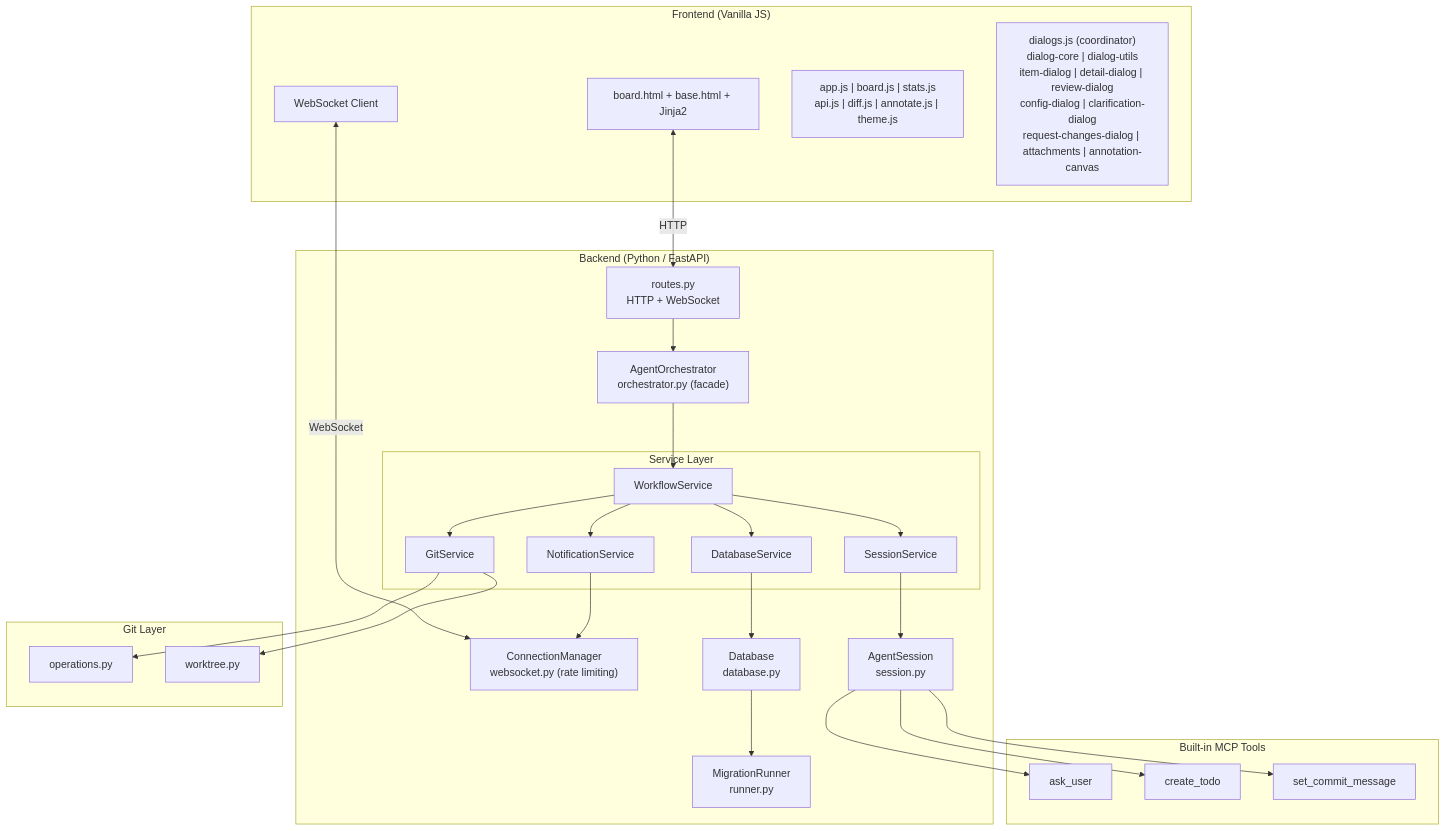
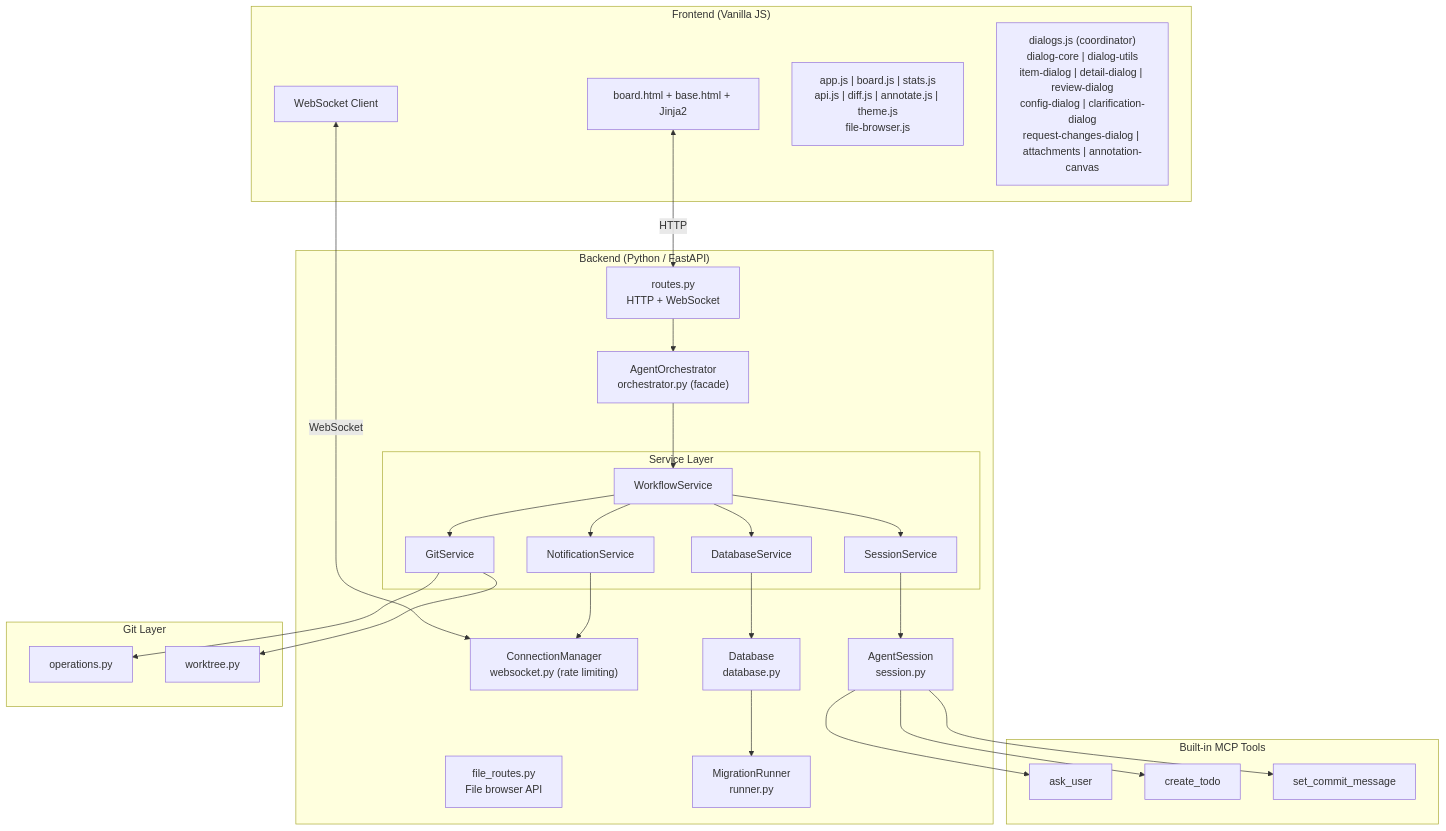
The first of 3 diagrams in CLAUDE.md (epatel/claude-agents-dashboard), drawn with Mermaid before and after one commit. The commit also changed other lines of this file and 2 other files, not shown here.

Commit message:
Update ASSESSMENT_CODE.md, README.md, and CLAUDE.md for file browser feature

````diff
--- a/CLAUDE.md
+++ b/CLAUDE.md
@@ -33,54 +33,55 @@
 ```mermaid
 graph TB
     subgraph Frontend["Frontend (Vanilla JS)"]
         UI["board.html + base.html + Jinja2"]
         WS["WebSocket Client"]
-        Modules["app.js | board.js | stats.js<br/>api.js | diff.js | annotate.js | theme.js"]
+        Modules["app.js | board.js | stats.js<br/>api.js | diff.js | annotate.js | theme.js<br/>file-browser.js"]
         DlgModules["dialogs.js (coordinator)<br/>dialog-core | dialog-utils<br/>item-dialog | detail-dialog | review-dialog<br/>config-dialog | clarification-dialog<br/>request-changes-dialog | attachments | annotation-canvas"]
     end
 
     subgraph Backend["Backend (Python / FastAPI)"]
         R["routes.py<br/>HTTP + WebSocket"]
+        FR["file_routes.py<br/>File browser API"]
         WSM["ConnectionManager<br/>websocket.py (rate limiting)"]
         O["AgentOrchestrator<br/>orchestrator.py (facade)"]
         subgraph SvcLayer["Service Layer"]
             WF["WorkflowService"]
             DBS["DatabaseService"]
             NS["NotificationService"]
             GS["GitService"]
             SS["SessionService"]
         end
         Sess["AgentSession<br/>session.py"]
         D["Database<br/>database.py"]
         M["MigrationRunner<br/>runner.py"]
     end
 
     subgraph MCPTools["Built-in MCP Tools"]
         C["ask_user"]
         T["create_todo"]
         CM["set_commit_message"]
     end
 
     subgraph Git["Git Layer"]
         GO["operations.py"]
         GW["worktree.py"]
     end
 
     UI <-->|"HTTP"| R
     WS <-->|"WebSocket"| WSM
     R --> O
     O --> WF
     WF --> DBS
     WF --> GS
     WF --> NS
     WF --> SS
     SS --> Sess
     Sess --> C
     Sess --> T
     Sess --> CM
     DBS --> D
     NS --> WSM
     D --> M
     GS --> GO
     GS --> GW
 ```
````
